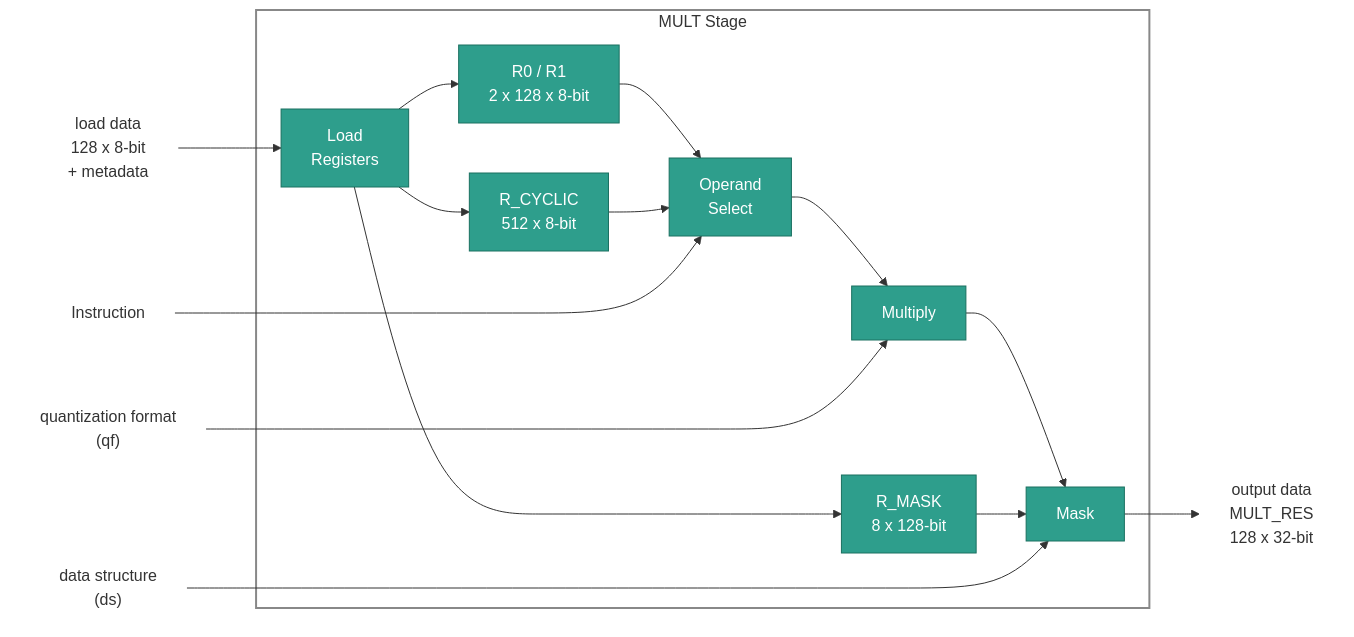
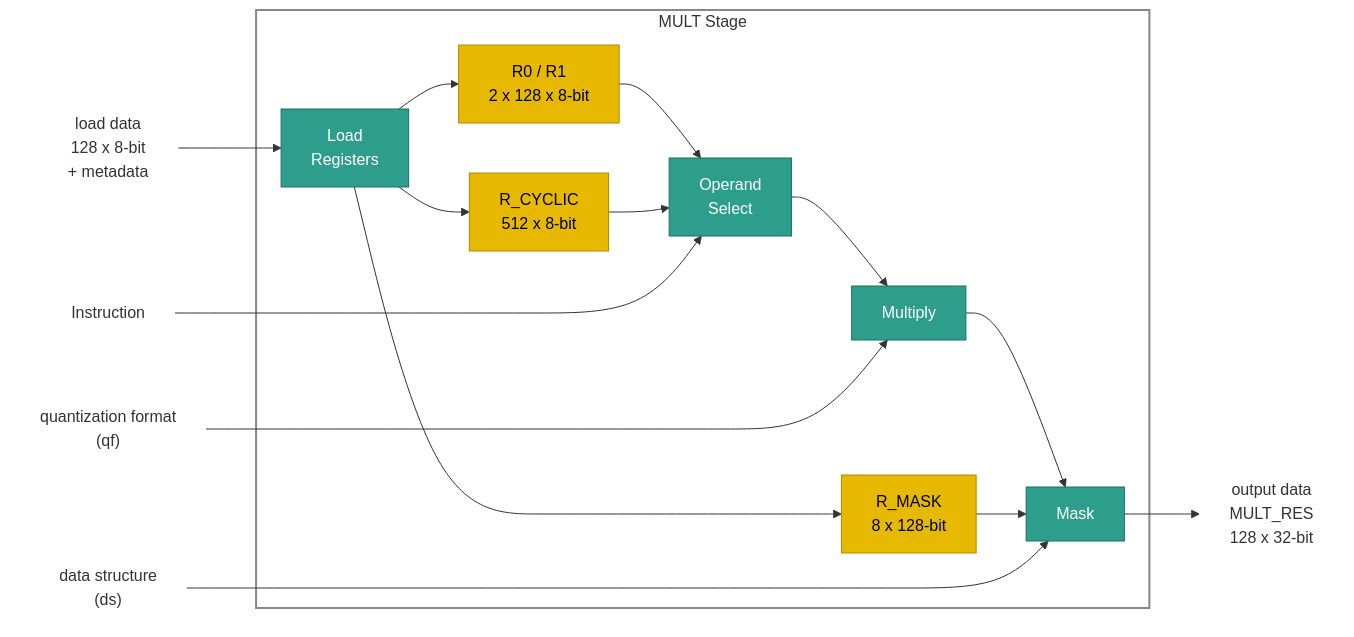
The diagram in docs/content/specs/ARCH-stage-mult.md (rechefe/ipu-emulator), drawn with Mermaid before and after one commit. The commit also changed 5 other files, not shown here.

Commit message:
Refine documentation and diagrams for IPU architecture: update section titles, clarify arithmetic events, and enhance visual representations in the Control, Accumulator, and Multiply stages.

````diff
--- a/docs/content/specs/ARCH-stage-mult.md
+++ b/docs/content/specs/ARCH-stage-mult.md
@@ -39,36 +39,37 @@
 ```mermaid
 flowchart LR
     LD_DATA["load data<br>128 x 8-bit<br>+ metadata"]:::io
     INSTR["Instruction"]:::io
     QF["quantization format<br>(qf)"]:::io
     DS["data structure<br>(ds)"]:::io
     OUT_DATA["output data<br>MULT_RES<br>128 x 32-bit"]:::io
 
     subgraph STAGE["MULT Stage"]
         LDW["Load<br>Registers"]:::blk
-        RA["R0 / R1<br>2 x 128 x 8-bit"]:::blk
-        RC["R_CYCLIC<br>512 x 8-bit"]:::blk
-        RMASK["R_MASK<br>8 x 128-bit"]:::blk
+        RA["R0 / R1<br>2 x 128 x 8-bit"]:::reg
+        RC["R_CYCLIC<br>512 x 8-bit"]:::reg
+        RMASK["R_MASK<br>8 x 128-bit"]:::reg
         SEL["Operand<br>Select"]:::blk
         MUL["Multiply"]:::blk
         MASK["Mask"]:::blk
     end
 
     LD_DATA --> LDW
     LDW --> RA
     LDW --> RC
     LDW --> RMASK
     RA --> SEL
     RC --> SEL
     INSTR ----> SEL
     SEL --> MUL
     QF -----> MUL
     MUL --> MASK
     RMASK --> MASK
     DS ------> MASK
     MASK --> OUT_DATA
 
     classDef io fill:none,stroke:none
     classDef blk fill:#2e9e8c,stroke:#1a7060,color:#fff
+    classDef reg fill:#e6b800,stroke:#b38a00,color:#000
     style STAGE fill:none,stroke:#888,stroke-width:2px
 ```
````
